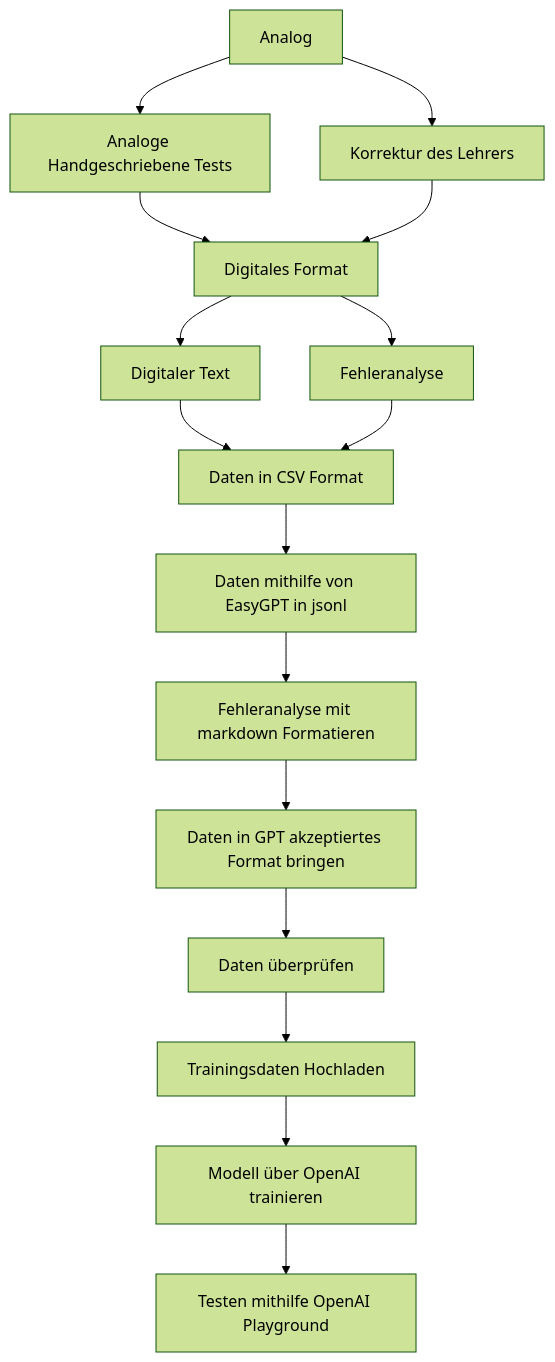
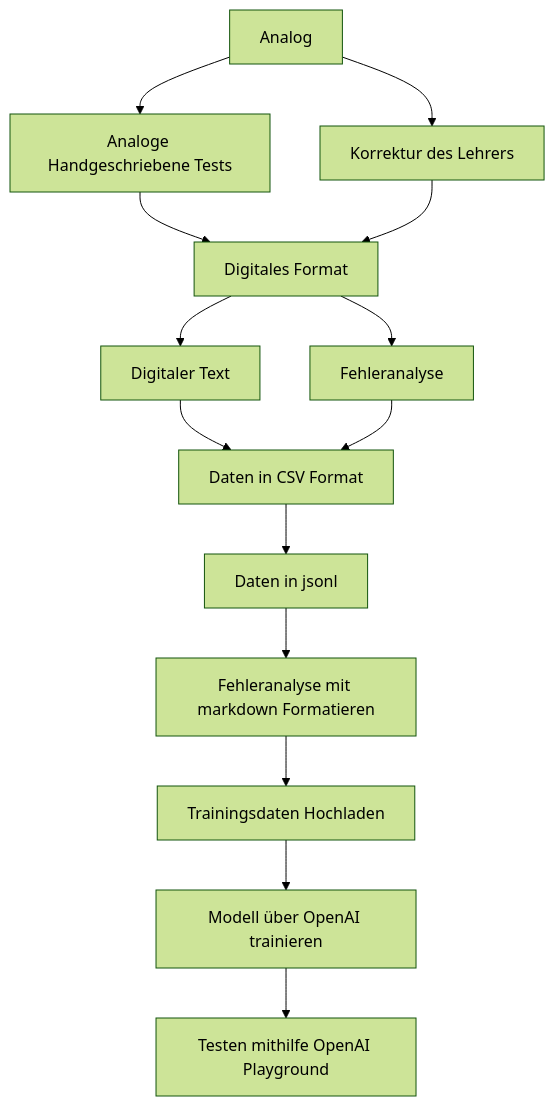
One commit to cheatoskar/visit-AutoGrade.AI changed the diagram in README.md. Above: the diagram before and after it, drawn with Mermaid (forest theme).

````diff
--- a/README.md
+++ b/README.md
@@ -82,22 +82,20 @@
 ```mermaid
 graph TD;
     A[Analog] --> B;
     A[Analog] --> D;
     B[Analoge Handgeschriebene Tests]
     D[Korrektur des Lehrers] 
 
     B--> F[Digitales Format]
     D--> F
     F--> C[Fehleranalyse];
     F --> E[Digitaler Text];
     E--> G[Daten in CSV Format]
     C--> G
-    G--> H[Daten mithilfe von EasyGPT in jsonl]
+    G--> H[Daten in jsonl]
     H--> I[Fehleranalyse mit markdown Formatieren]
-    I--> J[Daten in GPT akzeptiertes Format bringen]
-    J--> K[Daten überprüfen]
-    K--> L[Trainingsdaten Hochladen]
+    I--> L[Trainingsdaten Hochladen]
     L--> N[Modell über OpenAI trainieren]
     N--> M[Testen mithilfe OpenAI Playground]
 
 ```
````
